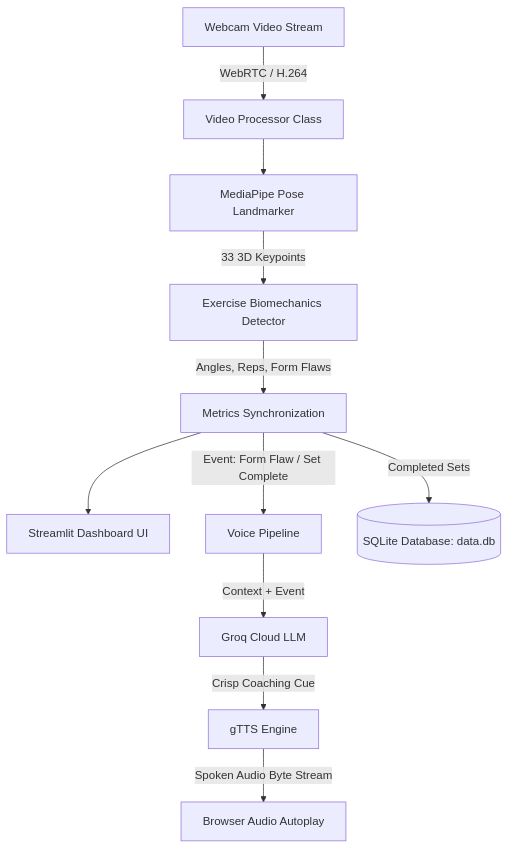
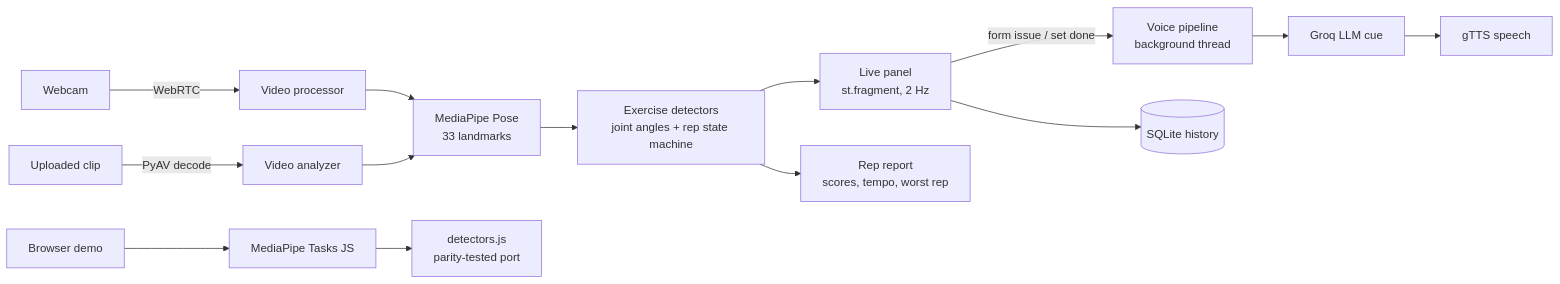
One commit to SAHIL-AGARWAL-IN/VisionFit- changed the diagram in README.md. Above: the diagram before and after it, drawn with Mermaid. The commit also changed other lines of this file and 3 other files, not shown here.

````diff
--- a/README.md
+++ b/README.md
@@ -40,13 +42,15 @@
 ```mermaid
-flowchart TD
-    A[Webcam Video Stream] -->|WebRTC / H.264| B[Video Processor Class]
-    B --> C[MediaPipe Pose Landmarker]
-    C -->|33 3D Keypoints| D[Exercise Biomechanics Detector]
-    D -->|Angles, Reps, Form Flaws| E[Metrics Synchronization]
-    E --> F[Streamlit Dashboard UI]
-    E -->|Event: Form Flaw / Set Complete| G[Voice Pipeline]
-    G -->|Context + Event| H[Groq Cloud LLM]
-    H -->|Crisp Coaching Cue| I[gTTS Engine]
-    I -->|Spoken Audio Byte Stream| J[Browser Audio Autoplay]
-    E -->|Completed Sets| K[(SQLite Database: data.db)]
+flowchart LR
+    CAM[Webcam] -->|WebRTC| PROC[Video processor]
+    UP[Uploaded clip] -->|PyAV decode| ANA[Video analyzer]
+    PROC --> POSE[MediaPipe Pose<br/>33 landmarks]
+    ANA --> POSE
+    POSE --> DET[Exercise detectors<br/>joint angles + rep state machine]
+    DET --> LIVE[Live panel<br/>st.fragment, 2 Hz]
+    DET --> REP[Rep report<br/>scores, tempo, worst rep]
+    LIVE -->|form issue / set done| VOICE[Voice pipeline<br/>background thread]
+    VOICE --> LLM[Groq LLM cue] --> TTS[gTTS speech]
+    LIVE --> DB[(SQLite history)]
+
+    BROWSER[Browser demo] --> TJS[MediaPipe Tasks JS] --> DJS[detectors.js<br/>parity-tested port]
 ```
````
